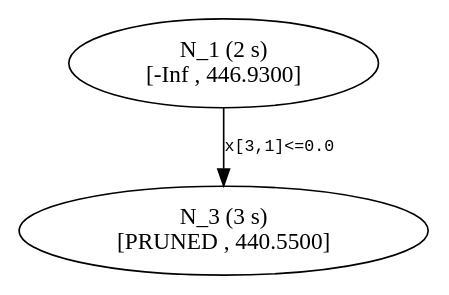
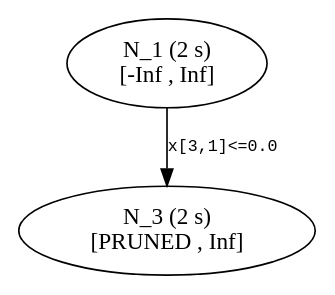
The diagram in dev/start/tree2.dot (atoptima/Coluna.jl), drawn with Graphviz before and after one commit. The commit also changed 24 other files, not shown here.

```diff
--- a/dev/start/tree2.dot
+++ b/dev/start/tree2.dot
@@ -1,8 +1,8 @@
 ## dot -Tpdf thisfile > thisfile.pdf 
 
 digraph Branching_Tree {
 	edge[fontname = "Courier", fontsize = 10];
-	n1 [label= "N_1 (2 s) \n[-Inf , 446.9300]"];
-	n3 [label= "N_3 (3 s) \n[PRUNED , 440.5500]"];
+	n1 [label= "N_1 (2 s) \n[-Inf , Inf]"];
+	n3 [label= "N_3 (2 s) \n[PRUNED , Inf]"];
 	n1 -> n3 [label= "x[3,1]<=0.0"];
 }
```
